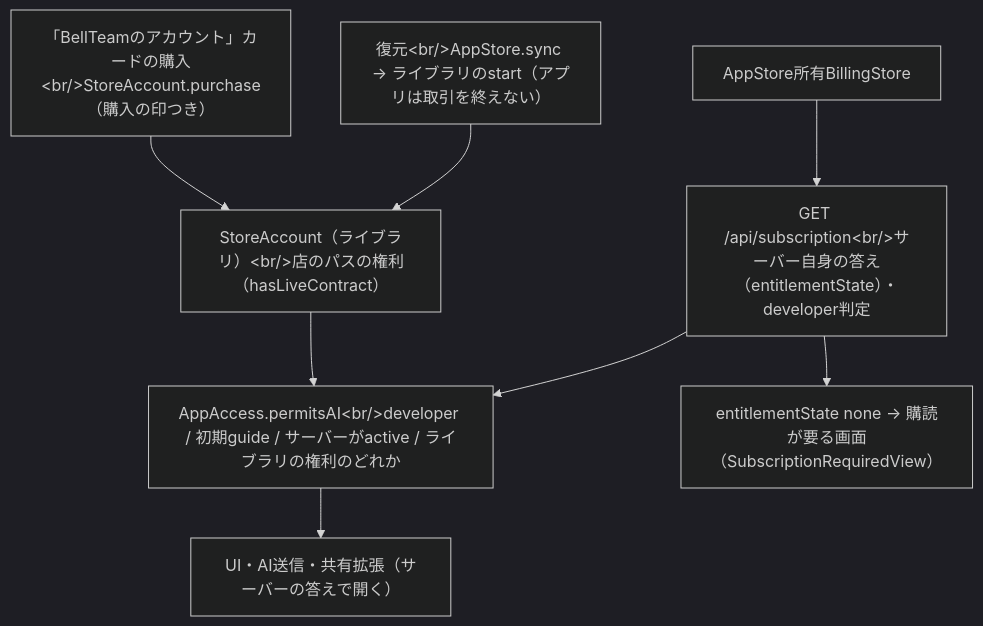
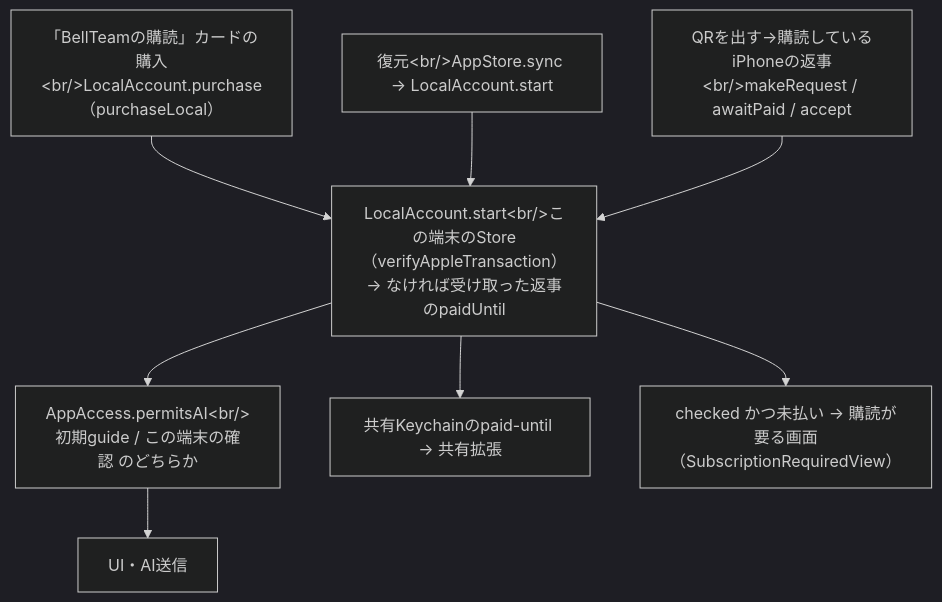
Before and after one commit to kitepon/BellTeam: the fourth of 4 diagrams in docs/architecture/modules/apple/lifecycle-and-platform.md, drawn with Mermaid (dark theme). The commit also changed other lines of this file and 47 other files, not shown here.

First line of the commit message:
a540 Apple: the local form (login-billing 0.20.0, contract 1.36): purchase checked on the device, QR approval over the same Wi-Fi, no operator

````diff
--- a/docs/architecture/modules/apple/lifecycle-and-platform.md
+++ b/docs/architecture/modules/apple/lifecycle-and-platform.md
@@ -84,10 +84,10 @@
 ```mermaid
 flowchart TD
-  Store["AppStore所有BillingStore"] --> Server["GET /api/subscription&lt;br/&gt;サーバー自身の答え（entitlementState）・developer判定"]
-  Lib["StoreAccount（ライブラリ）&lt;br/&gt;店のパスの権利（hasLiveContract）"] --> Access
-  Server --> Access["AppAccess.permitsAI&lt;br/&gt;developer / 初期guide / サーバーがactive / ライブラリの権利のどれか"]
-  Buy["「BellTeamのアカウント」カードの購入&lt;br/&gt;StoreAccount.purchase（購入の印つき）"] --> Lib
-  Restore["復元&lt;br/&gt;AppStore.sync → ライブラリのstart（アプリは取引を終えない）"] --> Lib
-  Access --> UI["UI・AI送信・共有拡張（サーバーの答えで開く）"]
-  Server --> Wall["entitlementState none → 購読が要る画面（SubscriptionRequiredView）"]
+  Local["LocalAccount.start&lt;br/&gt;この端末のStore（verifyAppleTransaction）→ なければ受け取った返事のpaidUntil"] --> Access["AppAccess.permitsAI&lt;br/&gt;初期guide / この端末の確認 のどちらか"]
+  Buy["「BellTeamの購読」カードの購入&lt;br/&gt;LocalAccount.purchase（purchaseLocal）"] --> Local
+  Restore["復元&lt;br/&gt;AppStore.sync → LocalAccount.start"] --> Local
+  QR["QRを出す→購読しているiPhoneの返事&lt;br/&gt;makeRequest / awaitPaid / accept"] --> Local
+  Access --> UI["UI・AI送信"]
+  Local --> Share["共有Keychainのpaid-until → 共有拡張"]
+  Local --> Wall["checked かつ未払い → 購読が要る画面（SubscriptionRequiredView）"]
 ```
````
